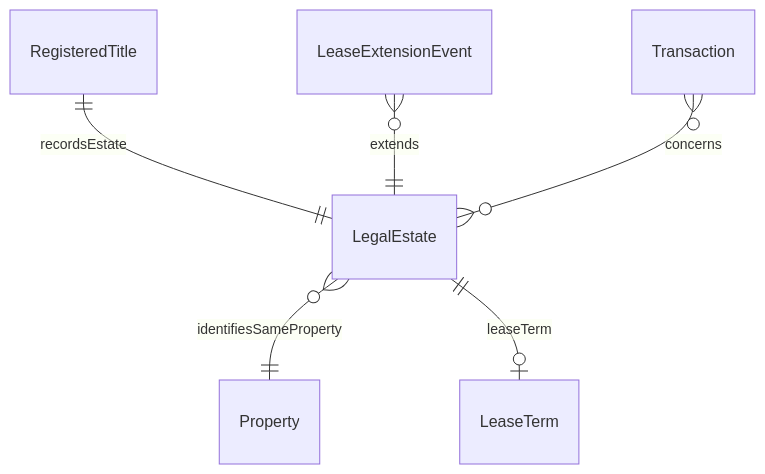
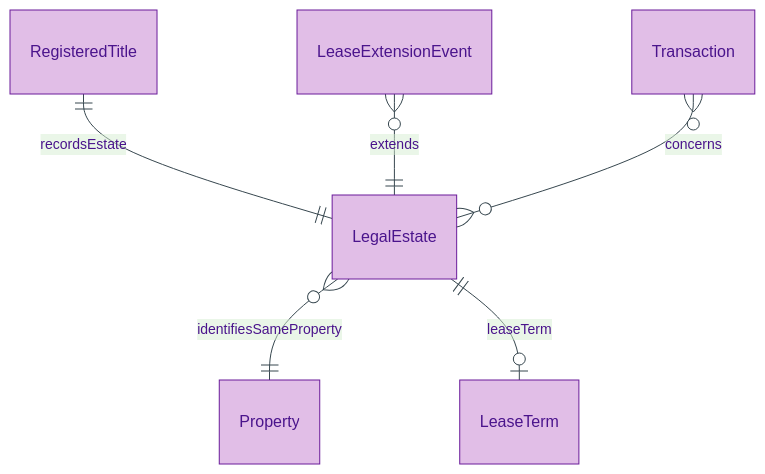
The first of 2 diagrams in docs/manual/logical/property/legal-estate.md (sparkling/opda), drawn with Mermaid before and after one commit. The commit also changed other lines of this file and 179 other files, not shown here.

First line of the commit message:
docs(manual): Logical-tier diagram expansion via /diagramming skill

````diff
--- a/docs/manual/logical/property/legal-estate.md
+++ b/docs/manual/logical/property/legal-estate.md
@@ -41,8 +46,12 @@
 ```mermaid
+%%{init: {"theme": "base", "themeVariables": {"primaryColor": "#E1BEE7", "primaryTextColor": "#4A148C", "primaryBorderColor": "#6A1B9A", "lineColor": "#37474F"}}}%%
 erDiagram
+    accTitle: LegalEstate — Entity-Relationship Diagram
+    accDescr: Direct-neighbour view of LegalEstate — recorded by RegisteredTitle, vested in Property, bounded by optional LeaseTerm, mutated by LeaseExtensionEvent, concerned by Transaction.
+
     LegalEstate }o--|| Property : "identifiesSameProperty"
     LegalEstate ||--o| LeaseTerm : "leaseTerm"
     RegisteredTitle ||--|| LegalEstate : "recordsEstate"
     LeaseExtensionEvent }o--|| LegalEstate : "extends"
     Transaction }o--o{ LegalEstate : "concerns"
 ```
````
